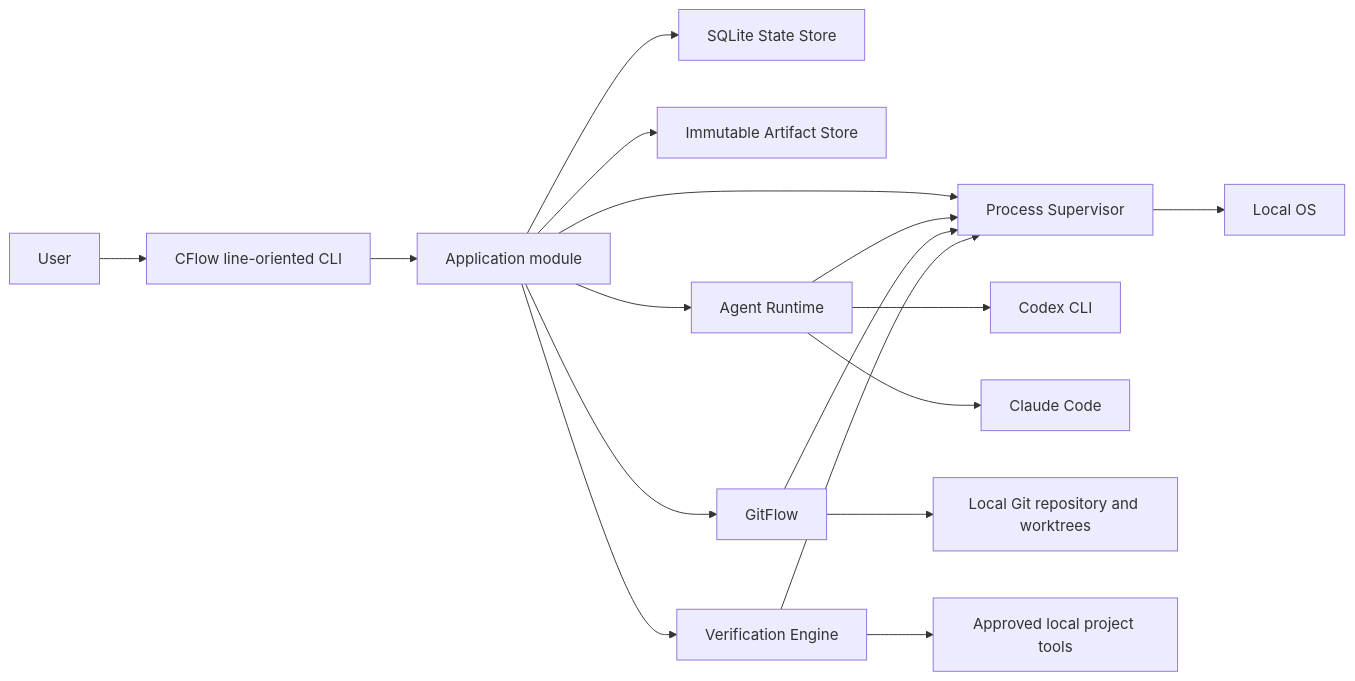
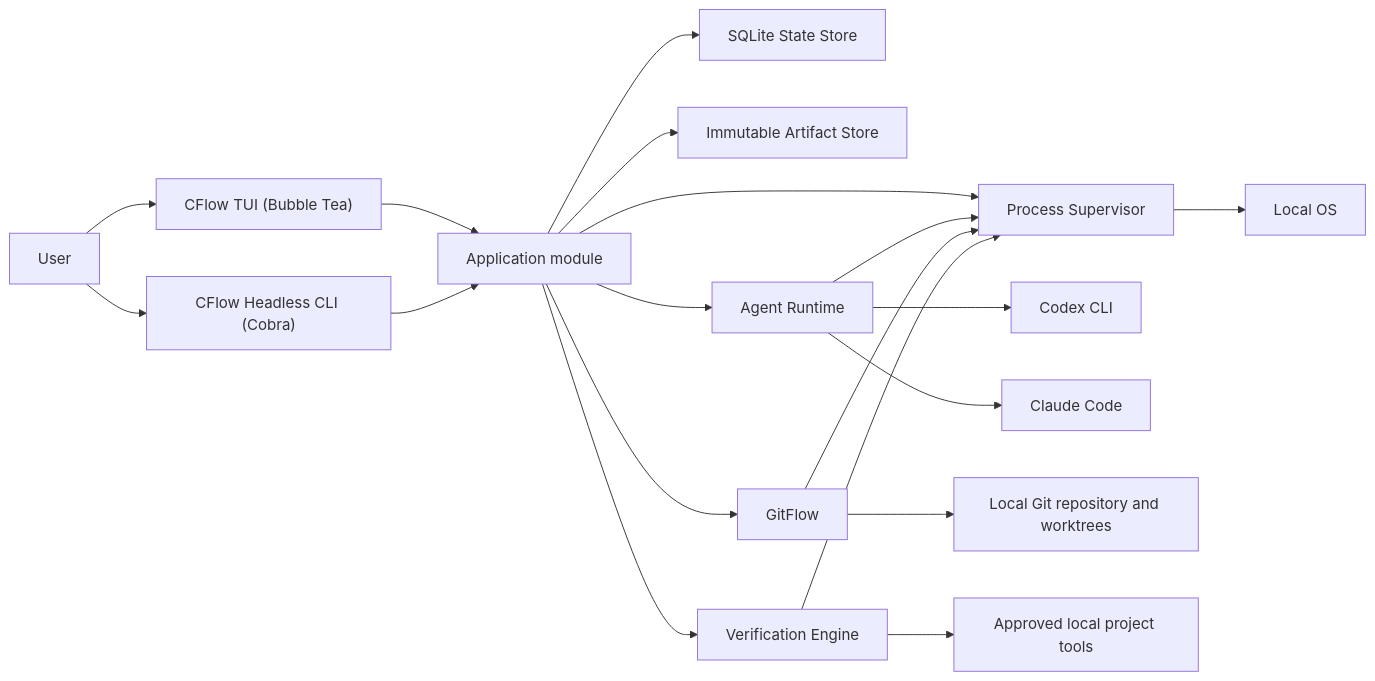
One commit to Cerbur/CFlow changed the first of 2 diagrams in docs/cflow-demo-design.md. Above: the diagram before and after it, drawn with Mermaid. The commit also changed other lines of this file and 5 other files, not shown here.

````diff
--- a/docs/cflow-demo-design.md
+++ b/docs/cflow-demo-design.md
@@ -47,19 +51,21 @@
 ```mermaid
 flowchart LR
-    U["User"] --> CLI["CFlow line-oriented CLI"]
-    CLI --> APP["Application module"]
+    U["User"] --> TUI["CFlow TUI (Bubble Tea)"]
+    U --> CLI["CFlow Headless CLI (Cobra)"]
+    TUI --> APP["Application module"]
+    CLI --> APP
     APP --> STORE["SQLite State Store"]
     APP --> ART["Immutable Artifact Store"]
     APP --> AGENT["Agent Runtime"]
     APP --> GIT["GitFlow"]
     APP --> VERIFY["Verification Engine"]
     APP --> PROC["Process Supervisor"]
     AGENT --> PROC
     GIT --> PROC
     VERIFY --> PROC
     PROC --> OS["Local OS"]
     AGENT --> CODEX["Codex CLI"]
     AGENT --> CLAUDE["Claude Code"]
     GIT --> REPO["Local Git repository and worktrees"]
     VERIFY --> TOOLS["Approved local project tools"]
 ```
````
